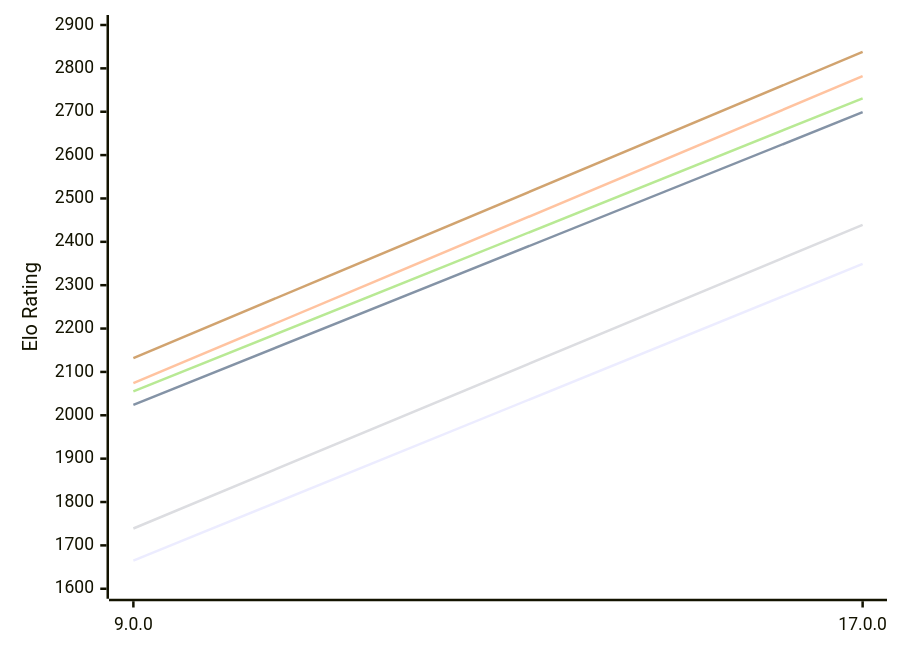
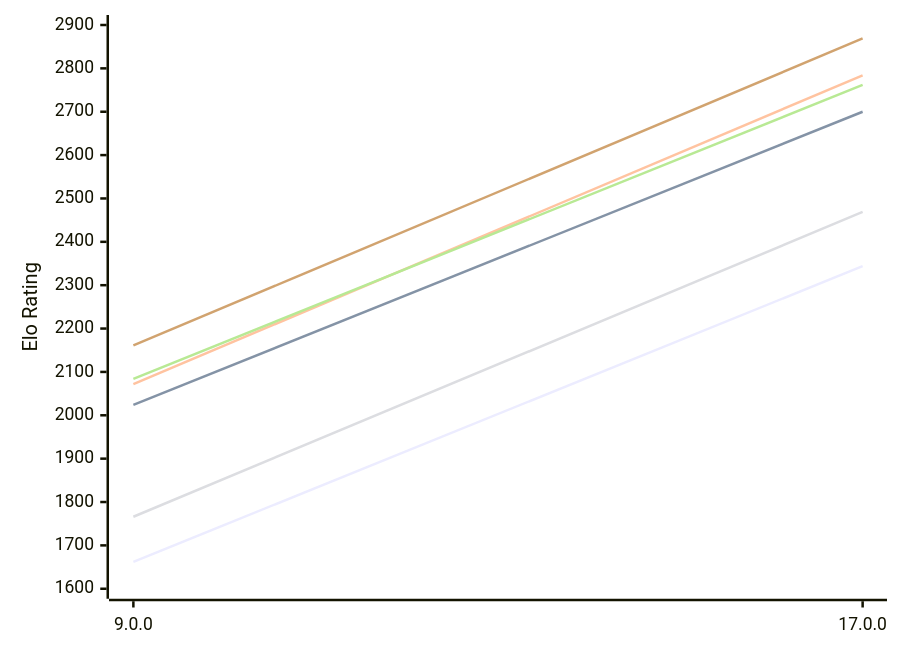
One commit to computer-chess-index/cci changed the first of 2 diagrams in engines/Cepimetheus.md. Above: the diagram before and after it, drawn with Mermaid. The commit also changed other lines of this file, not shown here.

Commit message:
Update CCI Ratings (ELO VLTC) - 2026-11-05

````diff
--- a/engines/Cepimetheus.md
+++ b/engines/Cepimetheus.md
@@ -62,12 +62,12 @@
 ```mermaid
 %%{init: {"theme":"base","themeVariables":{"seriesColors:['#a3a3a3','#222221','#faa371']}}}%%
 xychart-beta
   x-axis ["9.0.0", "17.0.0"]
   y-axis "Elo Rating" 1600 --> 2900
-  line "E1: STC (8.0+0.08s)" [1665, 2349]
-  line "E1: LTC (60.0+0.60s)" [2024, 2699]
-  line "E1: VLTC (2m24s+1.12s)" [2074, 2782]
-  line "P1: STC (8.0+0.08s)" [1739, 2439]
-  line "P1: LTC (60.0+0.60s)" [2055, 2731]
-  line "P1: VLTC (2m24s+1.12s)" [2132, 2838]
+  line "E1: STC (8.0+0.08s)" [1662, 2344]
+  line "E1: LTC (60.0+0.60s)" [2024, 2700]
+  line "E1: VLTC (2m24s+1.12s)" [2072, 2784]
+  line "P1: STC (8.0+0.08s)" [1766, 2469]
+  line "P1: LTC (60.0+0.60s)" [2084, 2762]
+  line "P1: VLTC (2m24s+1.12s)" [2161, 2869]
 ```
````
